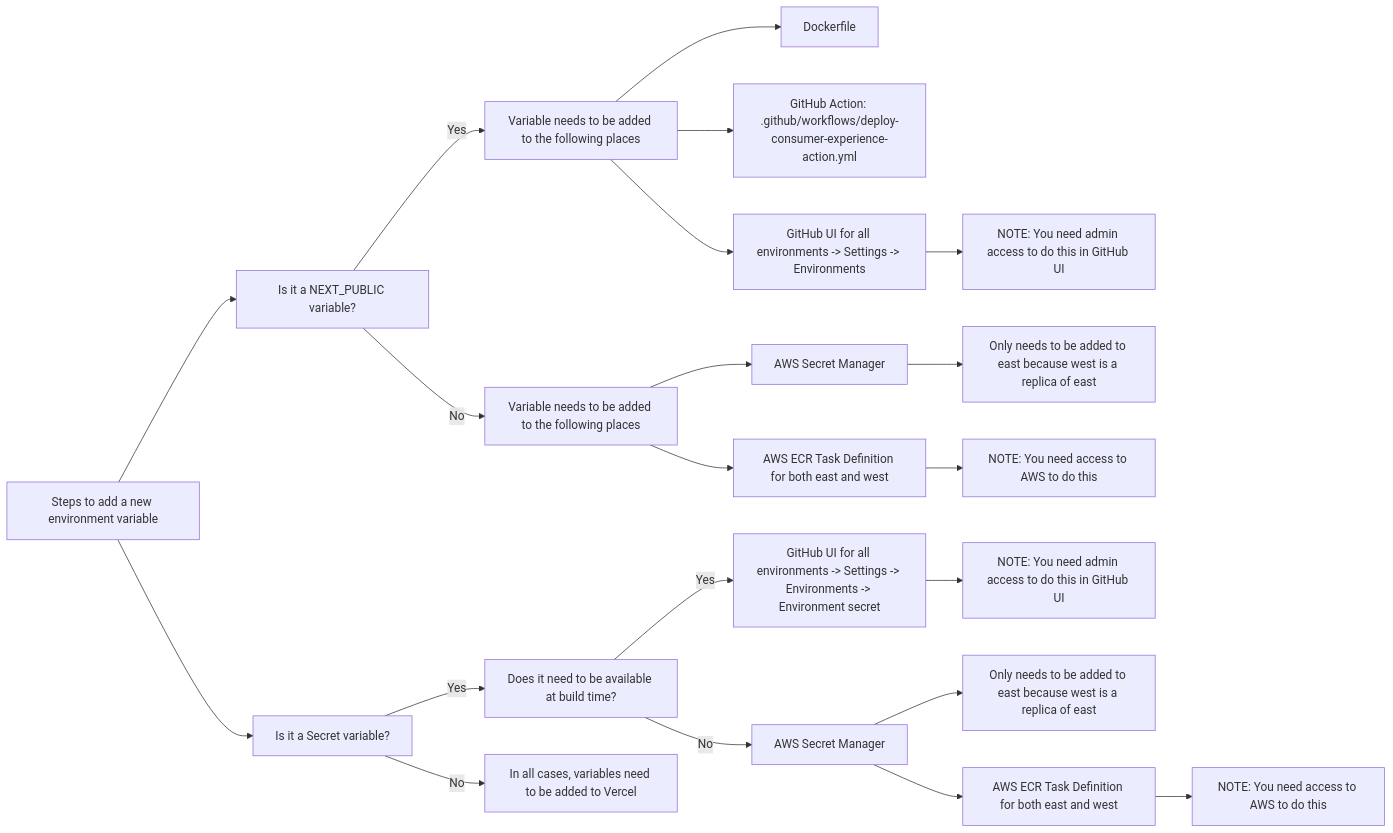
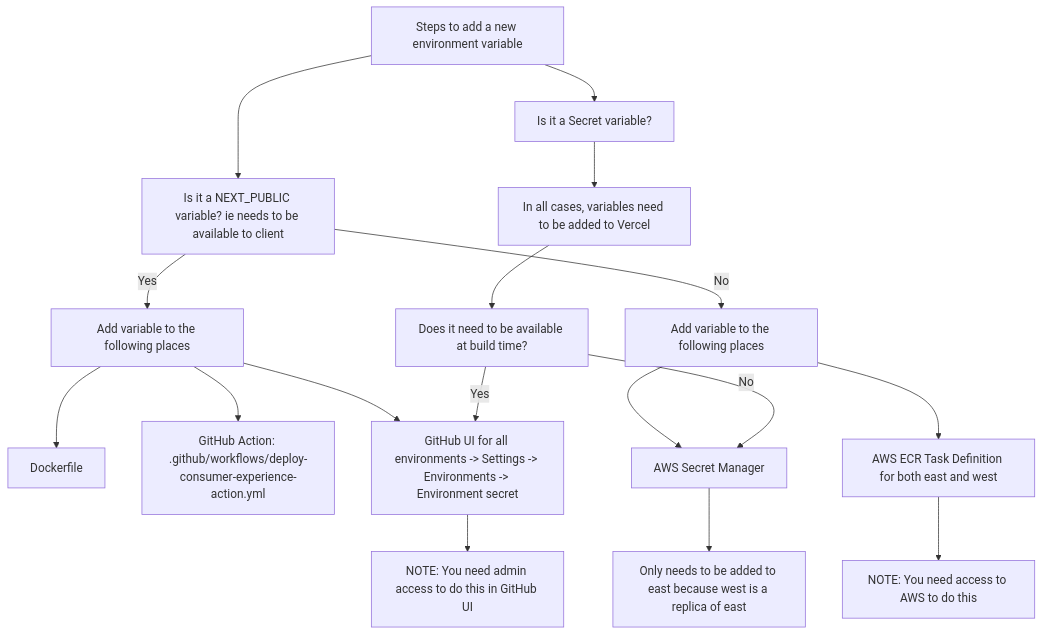
The diagram in apps/consumer-experience/docs/adding-a-new-enviornment-variable.md (hrushikreddy-chinthareddy/zinnia-hackathon-2026), drawn with Mermaid before and after one commit. The commit also changed other lines of this file and 10 other files, not shown here.

````diff
--- a/apps/consumer-experience/docs/adding-a-new-enviornment-variable.md
+++ b/apps/consumer-experience/docs/adding-a-new-enviornment-variable.md
@@ -1,27 +6,23 @@
 ```mermaid
-graph LR
-A[Steps to add a new environment variable] --> B[Is it a NEXT_PUBLIC variable?]
+graph
+A[Steps to add a new environment variable] --> B[Is it a NEXT_PUBLIC variable? ie needs to be available to client]
 
-    B -->|Yes| C[Variable needs to be added to the following places]
+    B -->|Yes| C[Add variable to the following places]
     C --> D[Dockerfile]
     C --> E[GitHub Action: .github/workflows/deploy-consumer-experience-action.yml]
-    C --> F[GitHub UI for all environments -> Settings -> Environments]
-    F --> G[NOTE: You need admin access to do this in GitHub UI]
+    C --> O[GitHub UI for all environments -> Settings -> Environments]
 
-    B -->|No| H[Variable needs to be added to the following places]
+    B -->|No| H[Add variable to the following places]
     H --> I[AWS Secret Manager]
     I --> J[Only needs to be added to east because west is a replica of east]
     H --> K[AWS ECR Task Definition for both east and west]
     K --> L[NOTE: You need access to AWS to do this]
 
     A --> M[Is it a Secret variable?]
-    M -->|Yes| N[Does it need to be available at build time?]
+    U --> N[Does it need to be available at build time?]
     N -->|Yes| O[GitHub UI for all environments -> Settings -> Environments -> Environment secret]
     O --> P[NOTE: You need admin access to do this in GitHub UI]
-    N -->|No| Q[AWS Secret Manager]
-    Q --> R[Only needs to be added to east because west is a replica of east]
-    Q --> S[AWS ECR Task Definition for both east and west]
-    S --> T[NOTE: You need access to AWS to do this]
+    N -->|No| I
 
-    M -->|No| U[In all cases, variables need to be added to Vercel]
+    M --> U[In all cases, variables need to be added to Vercel]
 ```
````
